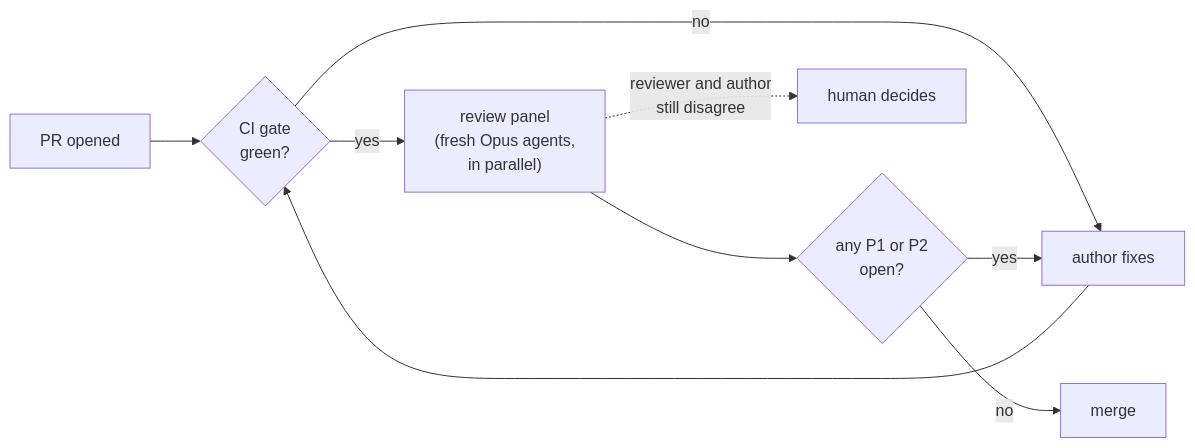
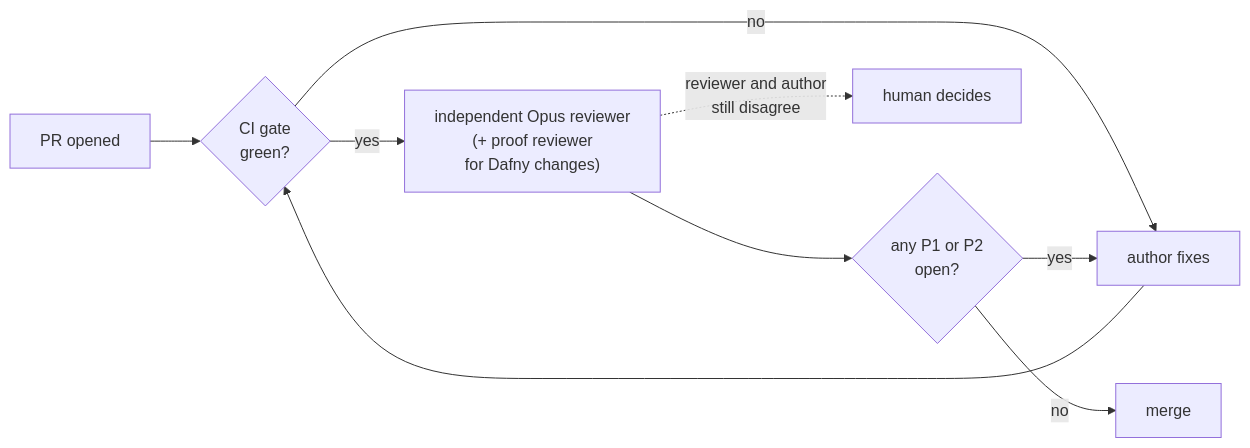
Before and after one commit to mattyv/skope: the second of 2 diagrams in PLAN.md, drawn with Mermaid. The commit also changed other lines of this file and 3 other files, not shown here.

````diff
--- a/PLAN.md
+++ b/PLAN.md
@@ -295,11 +316,11 @@
 ```mermaid
 flowchart LR
   pr["PR opened"] --> ci{"CI gate<br/>green?"}
   ci -- "no" --> fix["author fixes"]
-  ci -- "yes" --> panel["review panel<br/>(fresh Opus agents,<br/>in parallel)"]
-  panel --> open{"any P1 or P2<br/>open?"}
+  ci -- "yes" --> rev["independent Opus reviewer<br/>(+ proof reviewer<br/>for Dafny changes)"]
+  rev --> open{"any P1 or P2<br/>open?"}
   open -- "yes" --> fix
   fix --> ci
   open -- "no" --> merge["merge"]
-  panel -. "reviewer and author<br/>still disagree" .-> human["human decides"]
+  rev -. "reviewer and author<br/>still disagree" .-> human["human decides"]
 ```
````
